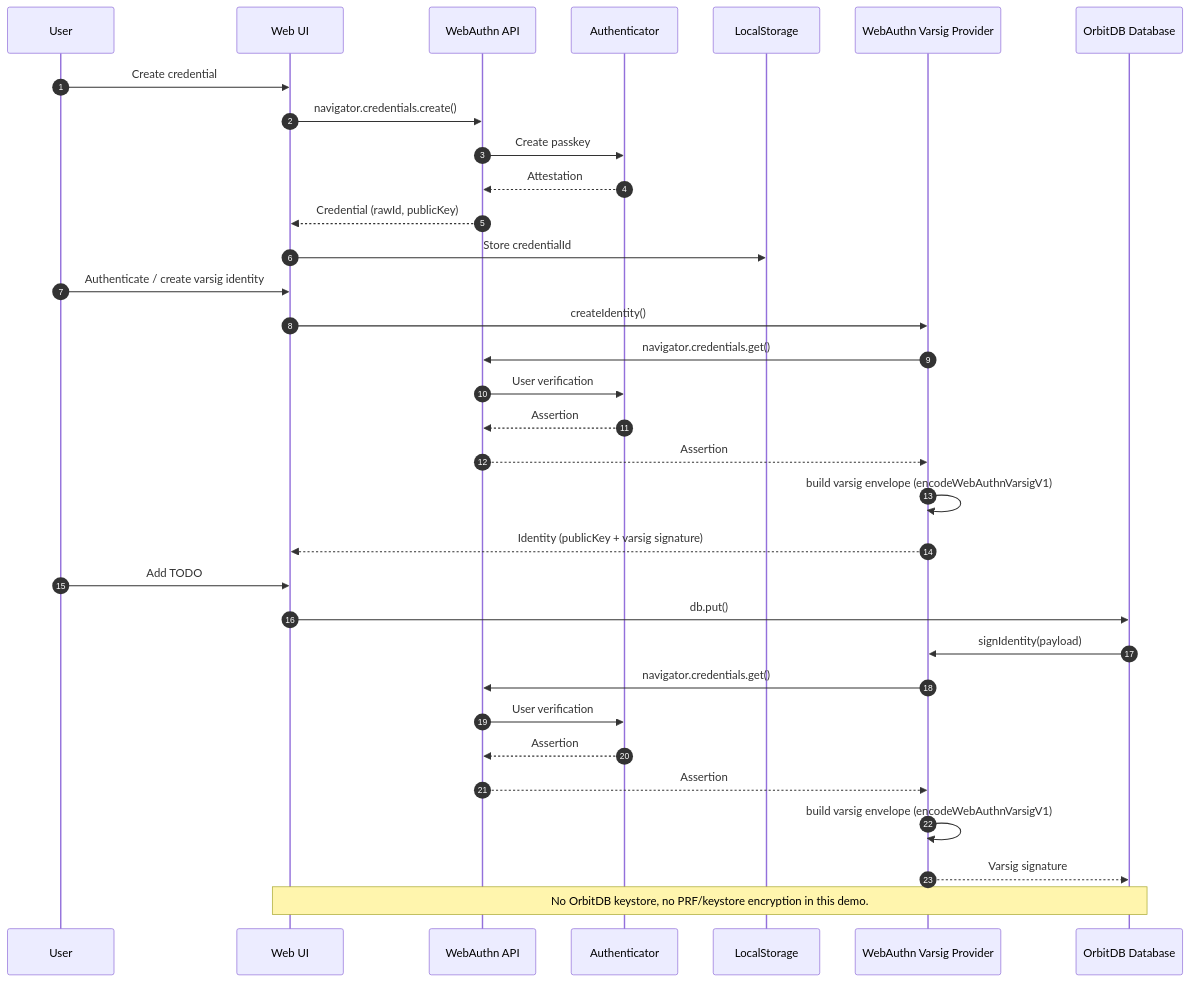
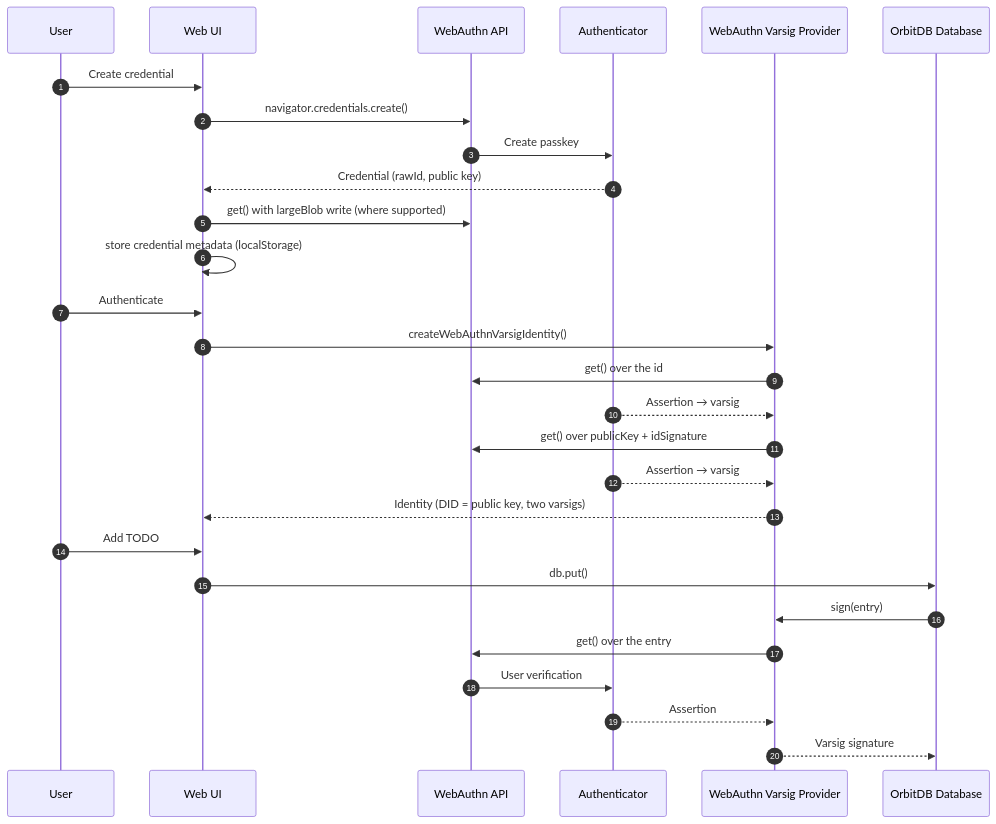
One commit to Le-Space/orbitdb-identity-provider-webauthn-did changed the diagram in examples/webauthn-varsig-demo/README.md. Above: the diagram before and after it, drawn with Mermaid. The commit also changed other lines of this file and 49 other files, not shown here.

First line of the commit message:
examples: one workspace, a badge that verifies, and a varsig demo that really signs (#55)

````diff
--- a/examples/webauthn-varsig-demo/README.md
+++ b/examples/webauthn-varsig-demo/README.md
@@ -40,39 +61,33 @@
 ```mermaid
 sequenceDiagram
   autonumber
   participant User
   participant App as Web UI
   participant WebAuthn as WebAuthn API
   participant Auth as Authenticator
-  participant LS as LocalStorage
   participant Prov as WebAuthn Varsig Provider
   participant DB as OrbitDB Database
 
   User->>App: Create credential
   App->>WebAuthn: navigator.credentials.create()
   WebAuthn->>Auth: Create passkey
-  Auth-->>WebAuthn: Attestation
-  WebAuthn-->>App: Credential (rawId, publicKey)
-  App->>LS: Store credentialId
+  Auth-->>App: Credential (rawId, public key)
+  App->>WebAuthn: get() with largeBlob write (where supported)
+  App->>App: store credential metadata (localStorage)
 
-  User->>App: Authenticate / create varsig identity
-  App->>Prov: createIdentity()
-  Prov->>WebAuthn: navigator.credentials.get()
-  WebAuthn->>Auth: User verification
-  Auth-->>WebAuthn: Assertion
-  WebAuthn-->>Prov: Assertion
-  Prov->>Prov: build varsig envelope (encodeWebAuthnVarsigV1)
-  Prov-->>App: Identity (publicKey + varsig signature)
+  User->>App: Authenticate
+  App->>Prov: createWebAuthnVarsigIdentity()
+  Prov->>WebAuthn: get() over the id
+  Auth-->>Prov: Assertion → varsig
+  Prov->>WebAuthn: get() over publicKey + idSignature
+  Auth-->>Prov: Assertion → varsig
+  Prov-->>App: Identity (DID = public key, two varsigs)
 
   User->>App: Add TODO
   App->>DB: db.put()
-  DB->>Prov: signIdentity(payload)
-  Prov->>WebAuthn: navigator.credentials.get()
+  DB->>Prov: sign(entry)
+  Prov->>WebAuthn: get() over the entry
   WebAuthn->>Auth: User verification
-  Auth-->>WebAuthn: Assertion
-  WebAuthn-->>Prov: Assertion
-  Prov->>Prov: build varsig envelope (encodeWebAuthnVarsigV1)
+  Auth-->>Prov: Assertion
   Prov-->>DB: Varsig signature
-
-  Note over App,DB: No OrbitDB keystore, no PRF/keystore encryption in this demo.
 ```
````
